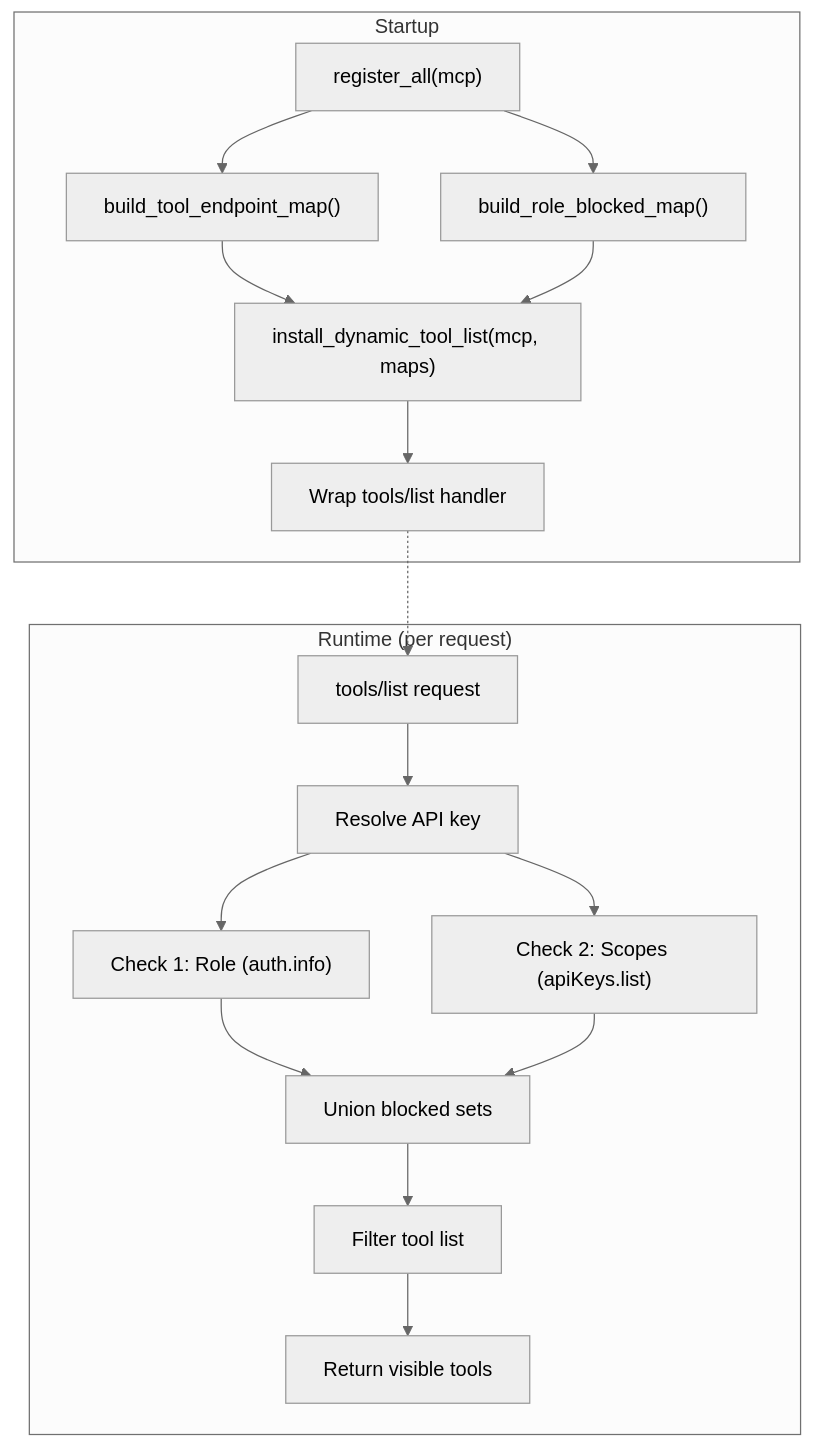
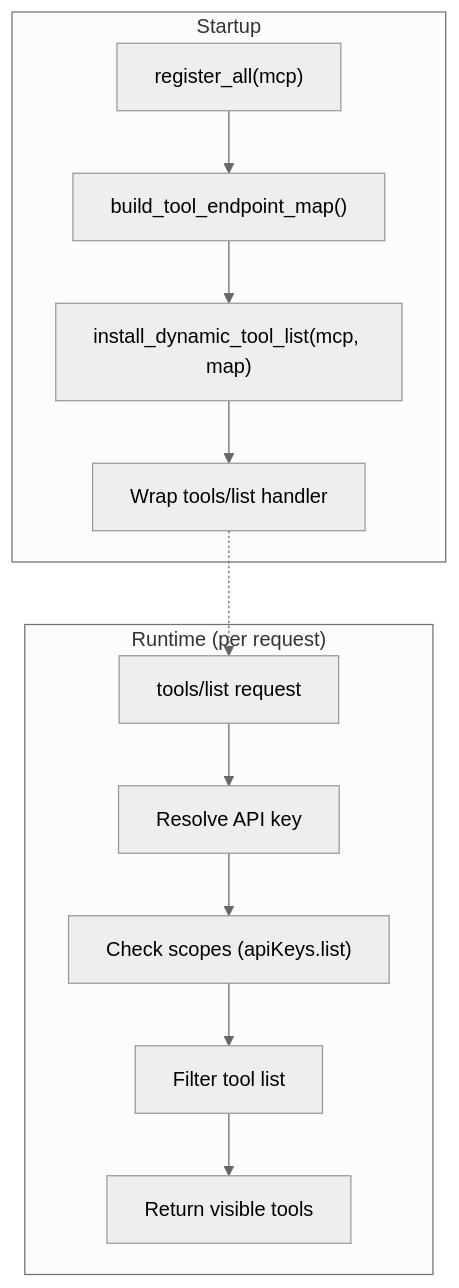
Before and after one commit to Vortiago/mcp-outline: the first of 2 diagrams in docs/dynamic-tool-list.md, drawn with Mermaid (neutral theme). The commit also changed other lines of this file and 32 other files, not shown here.

Commit message:
Add in Claude improvements and remove role based filtering as it's not actually possible for viewers to get API keys in Outline.

````diff
--- a/docs/dynamic-tool-list.md
+++ b/docs/dynamic-tool-list.md
@@ -11,22 +11,17 @@
 ```mermaid
 flowchart TB
     subgraph Startup
         A["register_all(mcp)"] --> B["build_tool_endpoint_map()"]
-        A --> C["build_role_blocked_map()"]
-        B --> D["install_dynamic_tool_list(mcp, maps)"]
-        C --> D
+        B --> D["install_dynamic_tool_list(mcp, map)"]
         D --> E["Wrap tools/list handler"]
     end
 
     subgraph Runtime ["Runtime (per request)"]
         F["tools/list request"] --> G["Resolve API key"]
-        G --> H["Check 1: Role (auth.info)"]
-        G --> I["Check 2: Scopes (apiKeys.list)"]
-        H --> J["Union blocked sets"]
-        I --> J
-        J --> K["Filter tool list"]
+        G --> I["Check scopes (apiKeys.list)"]
+        I --> K["Filter tool list"]
         K --> L["Return visible tools"]
     end
 
     E -.-> F
 ```
````
